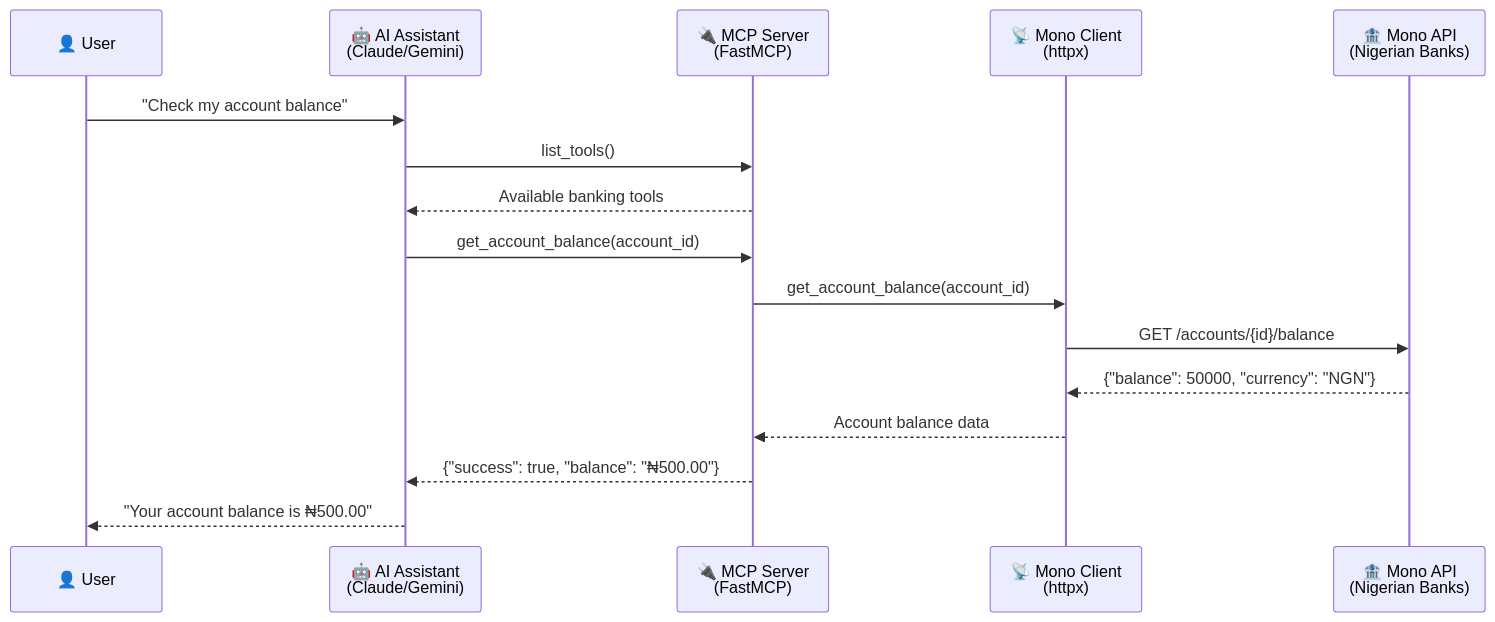
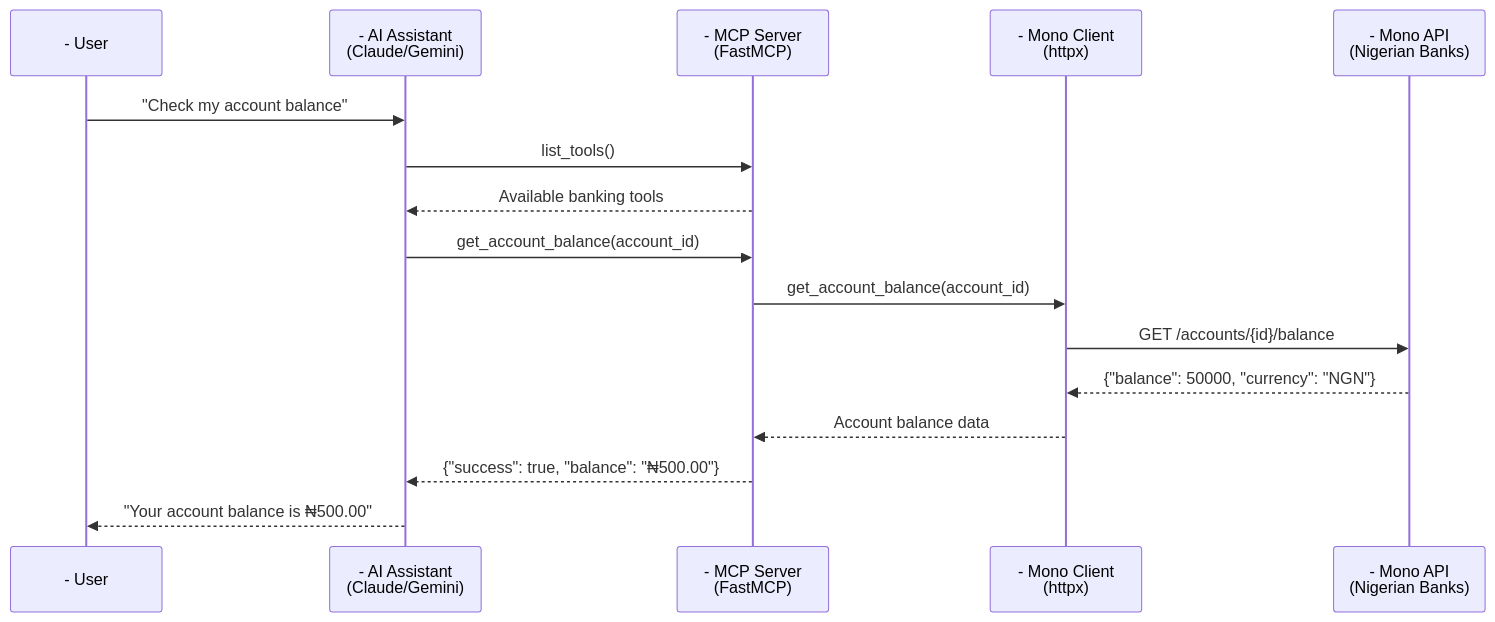
One commit to kingstondoesit/mono-mcp changed the diagram in README.md. Above: the diagram before and after it, drawn with Mermaid. The commit also changed other lines of this file, not shown here.

````diff
--- a/README.md
+++ b/README.md
@@ -23,20 +23,20 @@
 ```mermaid
 sequenceDiagram
-    participant User as 👤 User
-    participant AI as 🤖 AI Assistant<br/>(Claude/Gemini)
-    participant MCP as 🔌 MCP Server<br/>(FastMCP)
-    participant Client as 📡 Mono Client<br/>(httpx)
-    participant API as 🏦 Mono API<br/>(Nigerian Banks)
+    participant User as - User
+    participant AI as - AI Assistant<br/>(Claude/Gemini)
+    participant MCP as - MCP Server<br/>(FastMCP)
+    participant Client as - Mono Client<br/>(httpx)
+    participant API as - Mono API<br/>(Nigerian Banks)
 
     User->>AI: "Check my account balance"
     AI->>MCP: list_tools()
     MCP-->>AI: Available banking tools
 
     AI->>MCP: get_account_balance(account_id)
     MCP->>Client: get_account_balance(account_id)
     Client->>API: GET /accounts/{id}/balance
     API-->>Client: {"balance": 50000, "currency": "NGN"}
     Client-->>MCP: Account balance data
     MCP-->>AI: {"success": true, "balance": "₦500.00"}
     AI-->>User: "Your account balance is ₦500.00"
 ```
````
